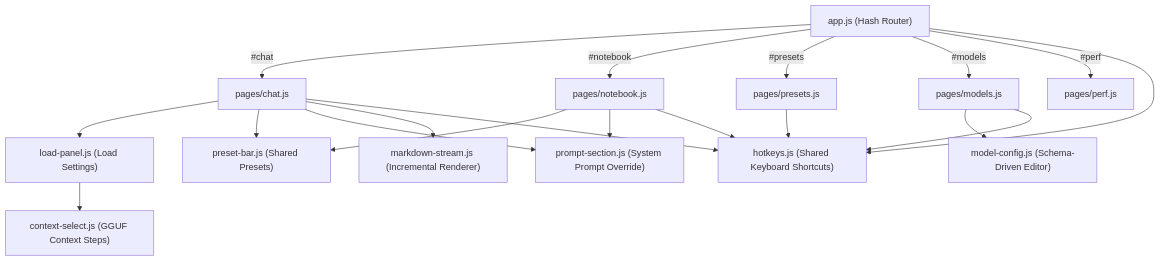
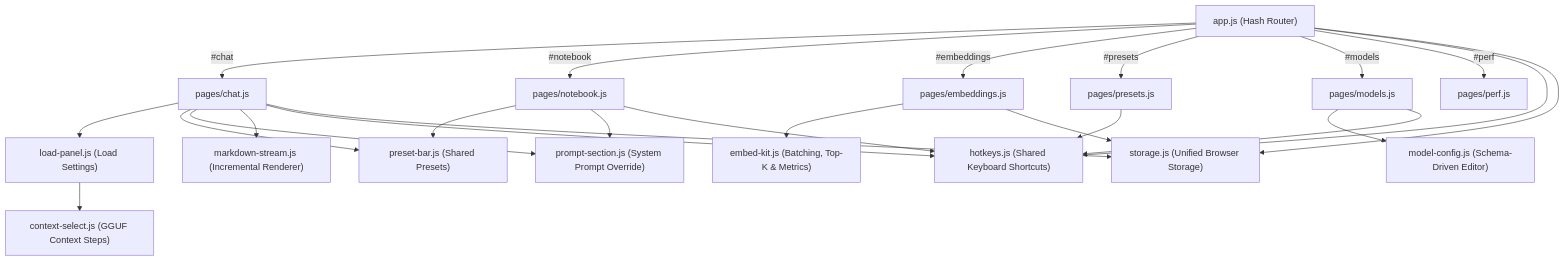
One commit to fblissjr/heylookitsanllm changed the first of 3 diagrams in docs/wiki/frontend_core.md. Above: the diagram before and after it, drawn with Mermaid. The commit also changed other lines of this file and 18 other files, not shown here.

Commit message:
frontend : unify browser storage in storage.js and Media Finder clear choices (v2.0.241)

````diff
--- a/docs/wiki/frontend_core.md
+++ b/docs/wiki/frontend_core.md
@@ -38,25 +38,31 @@
 ```mermaid
 flowchart TD
     App["app.js (Hash Router)"]
     App -->|"#chat"| Chat["pages/chat.js"]
     App -->|"#notebook"| NB["pages/notebook.js"]
+    App -->|"#embeddings"| Embed["pages/embeddings.js"]
     App -->|"#presets"| Presets["pages/presets.js"]
     App -->|"#models"| Models["pages/models.js"]
     App -->|"#perf"| Perf["pages/perf.js"]
     App --> Hotkeys["hotkeys.js (Shared Keyboard Shortcuts)"]
+    App --> Storage["storage.js (Unified Browser Storage)"]
 
     Chat --> LoadPanel["load-panel.js (Load Settings)"]
     LoadPanel --> CtxSelect["context-select.js (GGUF Context Steps)"]
     Chat --> PresetBar["preset-bar.js (Shared Presets)"]
     Chat --> PromptSec["prompt-section.js (System Prompt Override)"]
     Chat --> MStream["markdown-stream.js (Incremental Renderer)"]
     Chat --> Hotkeys
+    Chat --> Storage
+
+    Embed --> EmbedKit["embed-kit.js (Batching, Top-K & Metrics)"]
+    Embed --> Storage
     
     NB --> PresetBar
     NB --> PromptSec
     NB --> Hotkeys
     
     Presets --> Hotkeys
     Models --> ModelConfig["model-config.js (Schema-Driven Editor)"]
     Models --> Hotkeys
 ```
````
